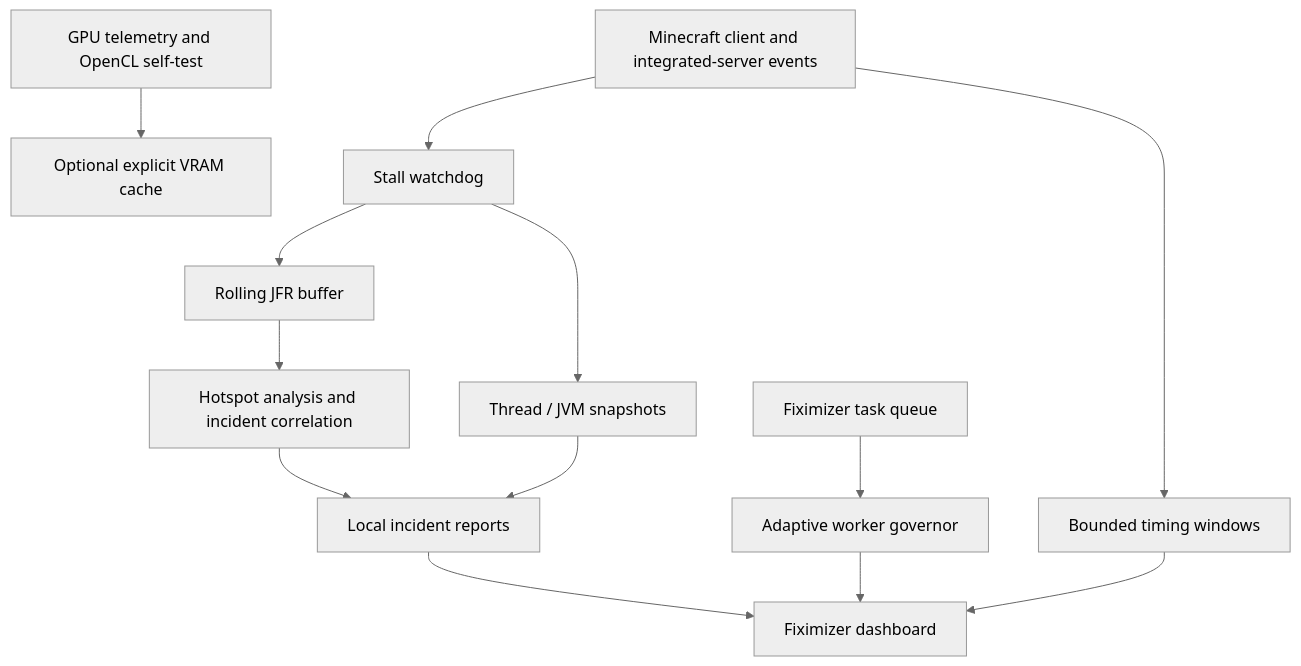
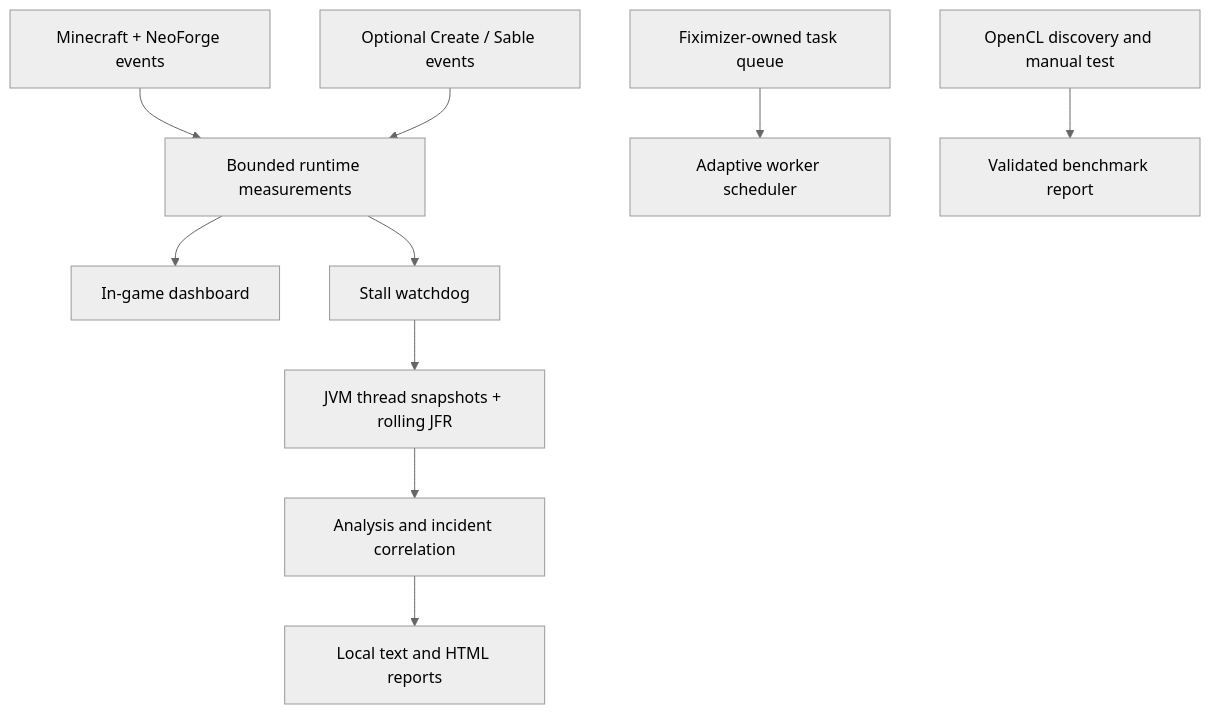
The diagram in README.md (MAKAKAIglitch/Fiximizer), drawn with Mermaid (neutral theme) before and after one commit. The commit also changed other lines of this file, not shown here.

````diff
--- a/README.md
+++ b/README.md
@@ -72,15 +80,12 @@
-```mermaid
+~~~mermaid
 flowchart TD
-    A["Minecraft client and integrated-server events"] --> B["Bounded timing windows"]
-    A --> C["Stall watchdog"]
-    C --> D["Thread / JVM snapshots"]
-    C --> E["Rolling JFR buffer"]
-    E --> F["Hotspot analysis and incident correlation"]
-    B --> G["Fiximizer dashboard"]
-    D --> H["Local incident reports"]
-    F --> H
-    H --> G
-    I["Fiximizer task queue"] --> J["Adaptive worker governor"]
-    K["GPU telemetry and OpenCL self-test"] --> L["Optional explicit VRAM cache"]
-    J --> G
-```
+    A["Minecraft + NeoForge events"] --> B["Bounded runtime measurements"]
+    B --> C["In-game dashboard"]
+    B --> D["Stall watchdog"]
+    D --> E["JVM thread snapshots + rolling JFR"]
+    E --> F["Analysis and incident correlation"]
+    F --> G["Local text and HTML reports"]
+    H["Fiximizer-owned task queue"] --> I["Adaptive worker scheduler"]
+    J["Optional Create / Sable events"] --> B
+    K["OpenCL discovery and manual test"] --> L["Validated benchmark report"]
+~~~
````
